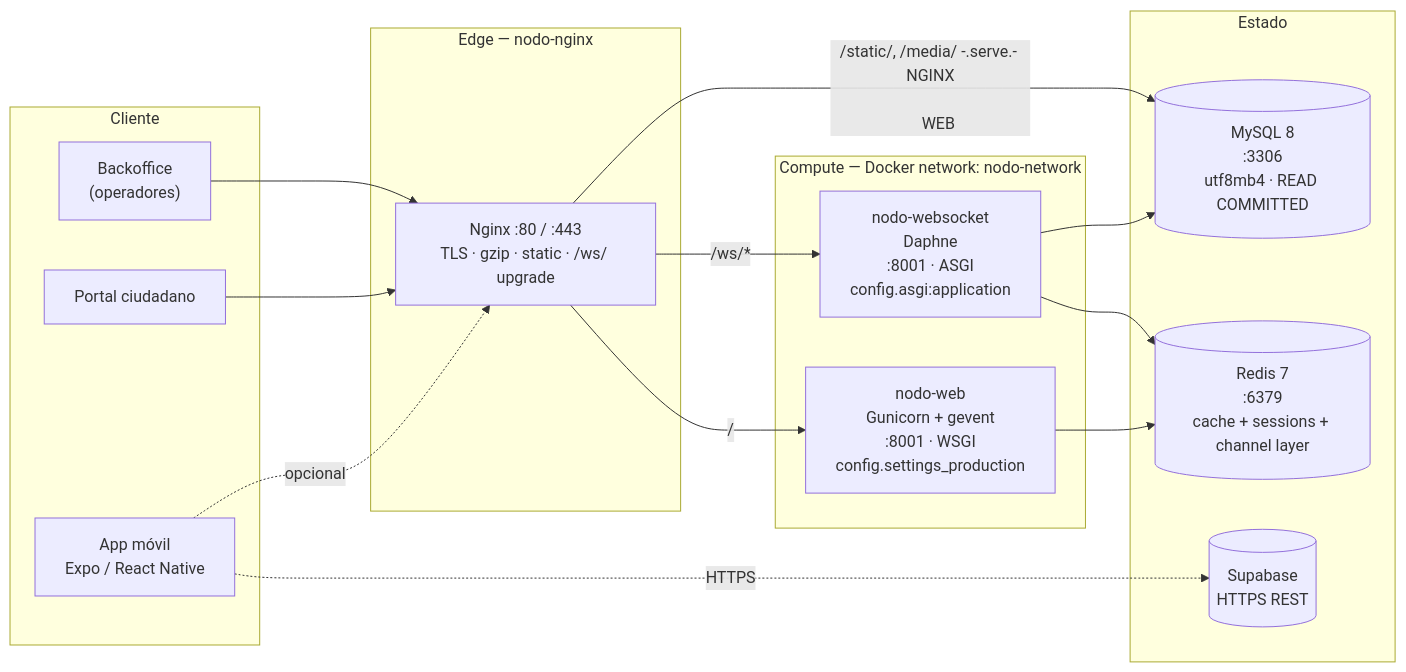
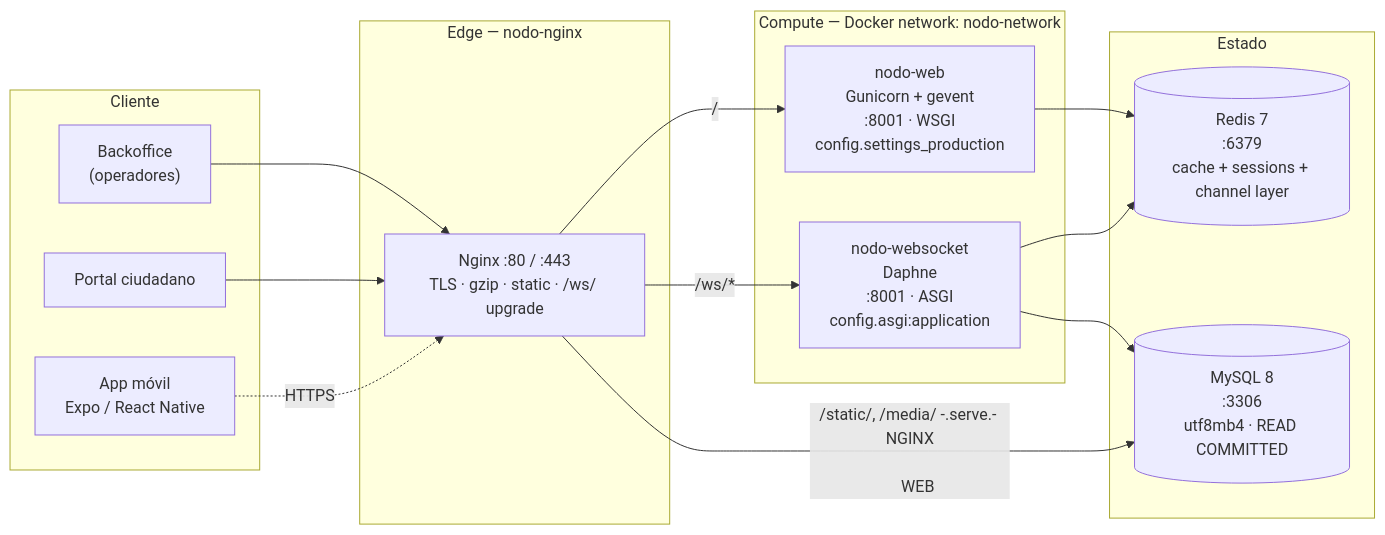
One commit to Mkdir-arg/Chaco-Back changed the first of 4 diagrams in docs/client/architecture.md. Above: the diagram before and after it, drawn with Mermaid. The commit also changed other lines of this file and 50 other files, not shown here.

````diff
--- a/docs/client/architecture.md
+++ b/docs/client/architecture.md
@@ -94,37 +93,35 @@
 ```mermaid
 flowchart LR
     subgraph Cliente
         BO["Backoffice<br/>(operadores)"]
         PC["Portal ciudadano"]
         APP["App móvil<br/>Expo / React Native"]
     end
 
     subgraph Edge["Edge — nodo-nginx"]
         NGINX["Nginx :80 / :443<br/>TLS · gzip · static · /ws/ upgrade"]
     end
 
     subgraph Compute["Compute — Docker network: nodo-network"]
         WEB["nodo-web<br/>Gunicorn + gevent<br/>:8001 · WSGI<br/>config.settings_production"]
         WS["nodo-websocket<br/>Daphne<br/>:8001 · ASGI<br/>config.asgi:application"]
     end
 
     subgraph Data["Estado"]
         MYSQL[("MySQL 8<br/>:3306<br/>utf8mb4 · READ COMMITTED")]
         REDIS[("Redis 7<br/>:6379<br/>cache + sessions + channel layer")]
-        SUPA[("Supabase<br/>HTTPS REST")]
     end
 
     BO --> NGINX
     PC --> NGINX
-    APP -. HTTPS .-> SUPA
-    APP -. opcional .-> NGINX
+    APP -. HTTPS .-> NGINX
 
     NGINX -- "/" --> WEB
     NGINX -- "/ws/*" --> WS
     NGINX -- "/static/, /media/" -.serve.- NGINX
 
     WEB --> MYSQL
     WEB --> REDIS
     WS  --> REDIS
     WS  --> MYSQL
 ```
````
